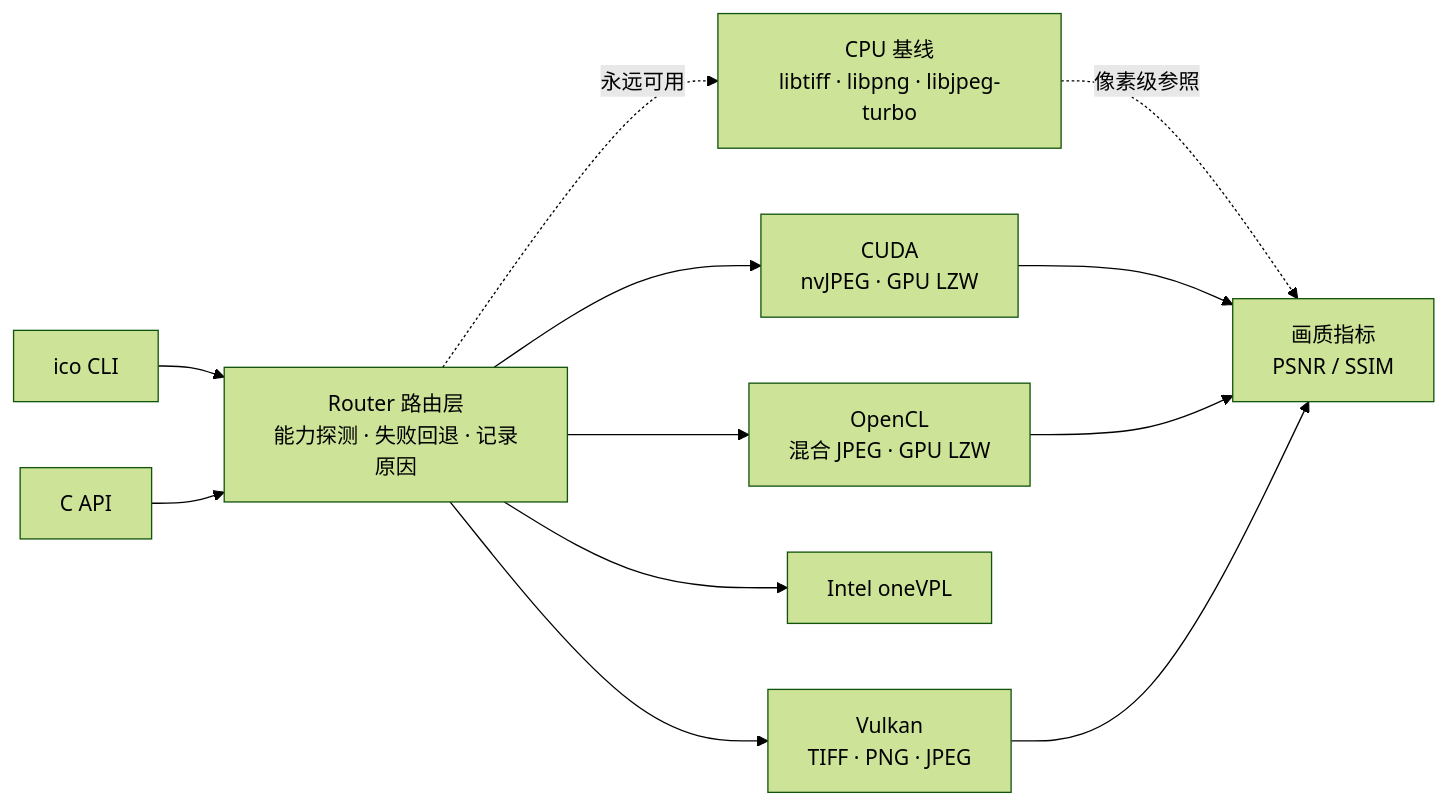
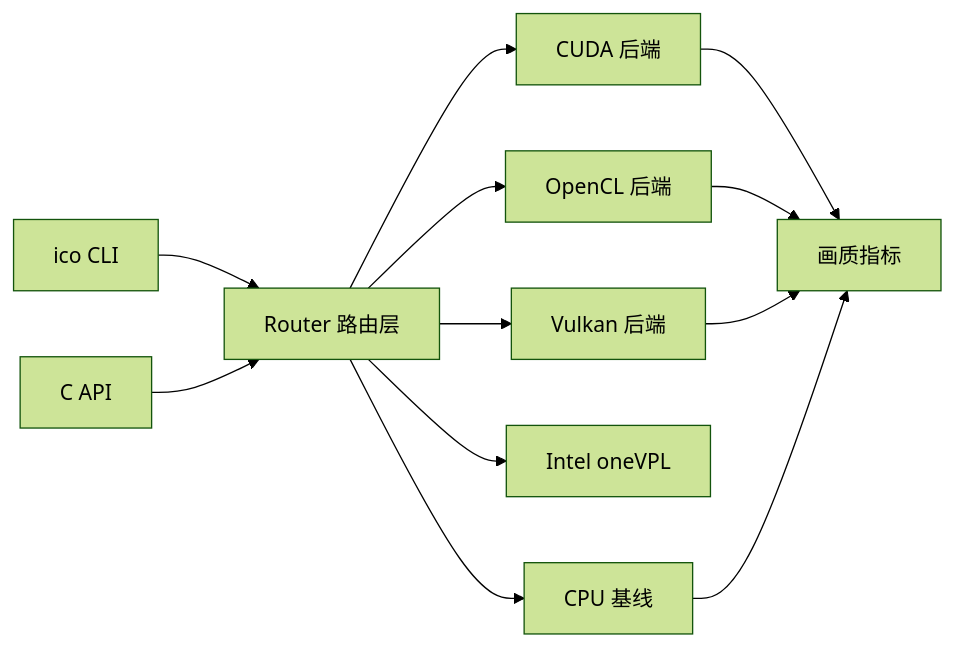
One commit to a645162/a645162 changed the second of 2 diagrams in README.md. Above: the diagram before and after it, drawn with Mermaid (forest theme). The commit also changed other lines of this file, not shown here.

Commit message:
docs: simplify mermaid architecture diagram

````diff
--- a/README.md
+++ b/README.md
@@ -125,14 +125,14 @@
 ```mermaid
-flowchart LR
-    CLI["ico CLI"] --> Router
-    API["C API"] --> Router
-    Router["Router 路由层<br/>能力探测 · 失败回退 · 记录原因"] --> CUDA["CUDA<br/>nvJPEG · GPU LZW"]
-    Router --> OpenCL["OpenCL<br/>混合 JPEG · GPU LZW"]
-    Router --> Vulkan["Vulkan<br/>TIFF · PNG · JPEG"]
-    Router --> VPL["Intel oneVPL"]
-    Router -. 永远可用 .-> CPU["CPU 基线<br/>libtiff · libpng · libjpeg-turbo"]
-    CPU -. 像素级参照 .-> Metric["画质指标<br/>PSNR / SSIM"]
-    CUDA --> Metric
-    OpenCL --> Metric
-    Vulkan --> Metric
+graph LR
+    CLI[ico CLI] --> Router
+    API[C API] --> Router
+    Router[Router 路由层] --> CUDA[CUDA 后端]
+    Router --> OCL[OpenCL 后端]
+    Router --> VK[Vulkan 后端]
+    Router --> VPL[Intel oneVPL]
+    Router --> CPU[CPU 基线]
+    CUDA --> Metric[画质指标]
+    OCL --> Metric
+    VK --> Metric
+    CPU --> Metric
 ```
````
